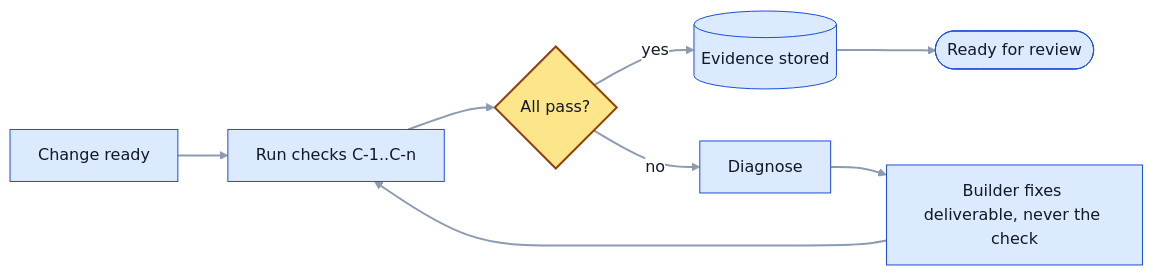
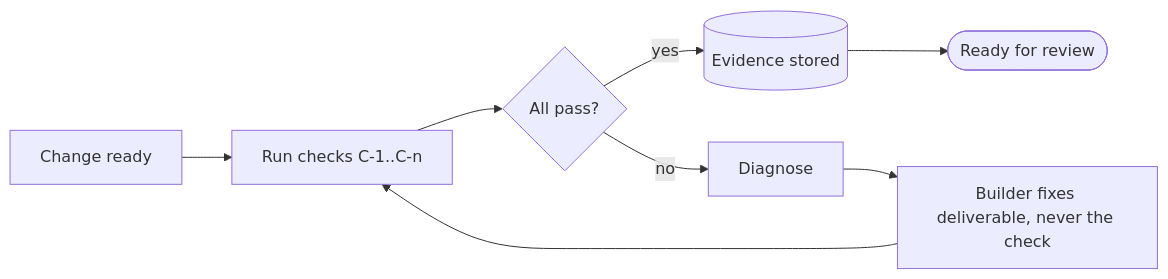
One commit to rafapc2/agentic_sdlc changed the diagram in skills/agentic-sdlc-bootstrap/assets/templates/verification.md. Above: the diagram before and after it, drawn with Mermaid. The commit also changed 12 other files, not shown here.

First line of the commit message:
fix: use the default Mermaid theme in diagrams

````diff
--- a/skills/agentic-sdlc-bootstrap/assets/templates/verification.md
+++ b/skills/agentic-sdlc-bootstrap/assets/templates/verification.md
@@ -32,11 +32,7 @@
 ```mermaid
-%%{init: {"theme":"base","themeVariables":{"fontFamily":"Arial, sans-serif","fontSize":"16px","lineColor":"#8b9bb0","textColor":"#111827","primaryTextColor":"#111827","primaryColor":"#dbeafe","primaryBorderColor":"#1d4ed8","edgeLabelBackground":"#ffffff","clusterBkg":"#f1f5f9","clusterBorder":"#475569","titleColor":"#111827"},"flowchart":{"curve":"basis","padding":14}}}%%
 flowchart LR
   C[Change ready] --> R[Run checks C-1..C-n]
   R --> P{All pass?}
   P -- yes --> E[(Evidence stored)] --> Next([Ready for review])
   P -- no --> D[Diagnose] --> Fix[Builder fixes deliverable, never the check] --> R
-  classDef gate fill:#fde68a,stroke:#92400e,stroke-width:2px,color:#111827;
-  class P gate;
-  linkStyle default stroke-width:2px;
 ```
````
